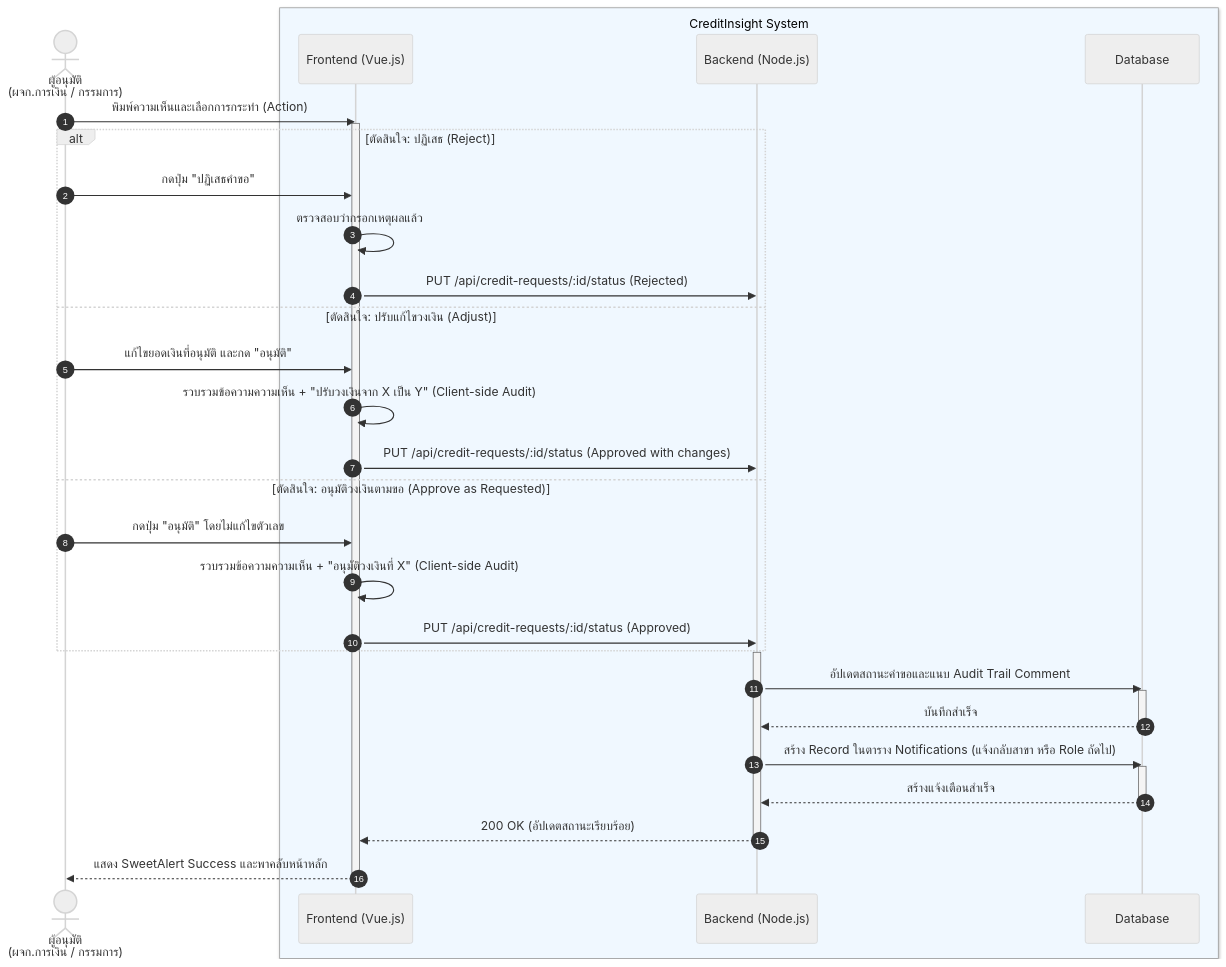
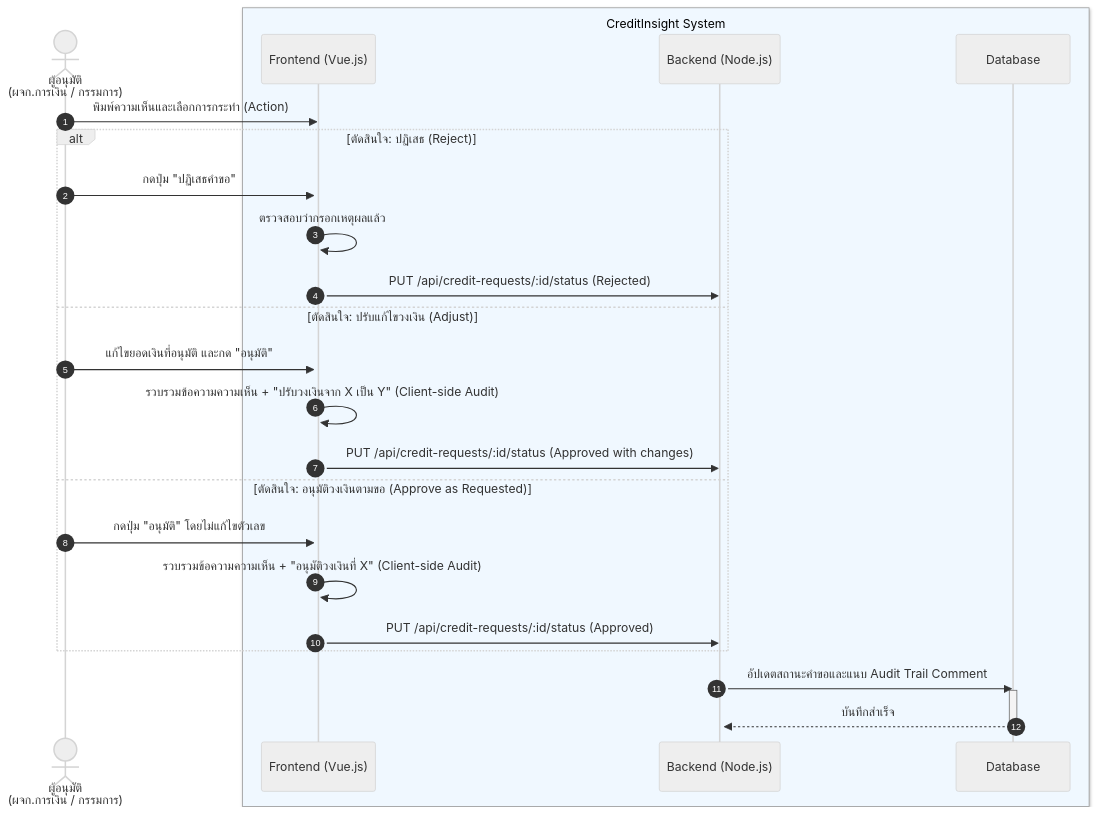
The fifth of 6 diagrams in docs/presentations/sequence_diagram.md (JinnawatJid/iNsightDocs), drawn with Mermaid (neutral theme) before and after one commit. The commit also changed other lines of this file, not shown here.

First line of the commit message:
docs(sequence): split approval decision and notification diagrams

````diff
--- a/docs/presentations/sequence_diagram.md
+++ b/docs/presentations/sequence_diagram.md
@@ -225,47 +225,37 @@
 ```mermaid
 sequenceDiagram
     autonumber
     actor App as ผู้อนุมัติ <br>(ผจก.การเงิน / กรรมการ)
 
     box rgb(240, 248, 255) CreditInsight System
         participant Vue as Frontend (Vue.js)
         participant API as Backend (Node.js)
         participant DB as Database
     end
 
     %% 1. Decision Making
     App->>Vue: พิมพ์ความเห็นและเลือกการกระทำ (Action)
     activate Vue
 
     alt ตัดสินใจ: ปฏิเสธ (Reject)
         App->>Vue: กดปุ่ม "ปฏิเสธคำขอ"
         Vue->>Vue: ตรวจสอบว่ากรอกเหตุผลแล้ว
         Vue->>API: PUT /api/credit-requests/:id/status (Rejected)
     else ตัดสินใจ: ปรับแก้ไขวงเงิน (Adjust)
         App->>Vue: แก้ไขยอดเงินที่อนุมัติ และกด "อนุมัติ"
         Vue->>Vue: รวบรวมข้อความความเห็น + "ปรับวงเงินจาก X เป็น Y" (Client-side Audit)
         Vue->>API: PUT /api/credit-requests/:id/status (Approved with changes)
     else ตัดสินใจ: อนุมัติวงเงินตามขอ (Approve as Requested)
         App->>Vue: กดปุ่ม "อนุมัติ" โดยไม่แก้ไขตัวเลข
         Vue->>Vue: รวบรวมข้อความความเห็น + "อนุมัติวงเงินที่ X" (Client-side Audit)
         Vue->>API: PUT /api/credit-requests/:id/status (Approved)
     end
 
-    %% 2. Backend Processing & Notification
+    %% 2. Backend Processing
     activate API
     API->>DB: อัปเดตสถานะคำขอและแนบ Audit Trail Comment
     activate DB
     DB-->>API: บันทึกสำเร็จ
     deactivate DB
-
-    %% Notification Trigger
-    API->>DB: สร้าง Record ในตาราง Notifications (แจ้งกลับสาขา หรือ Role ถัดไป)
-    activate DB
-    DB-->>API: สร้างแจ้งเตือนสำเร็จ
-    deactivate DB
-    API-->>Vue: 200 OK (อัปเดตสถานะเรียบร้อย)
-    deactivate API
-
-    Vue-->>App: แสดง SweetAlert Success และพาคลับหน้าหลัก
-    deactivate Vue
+    %% Return flow continues in Notification flow diagram
 ```
````
